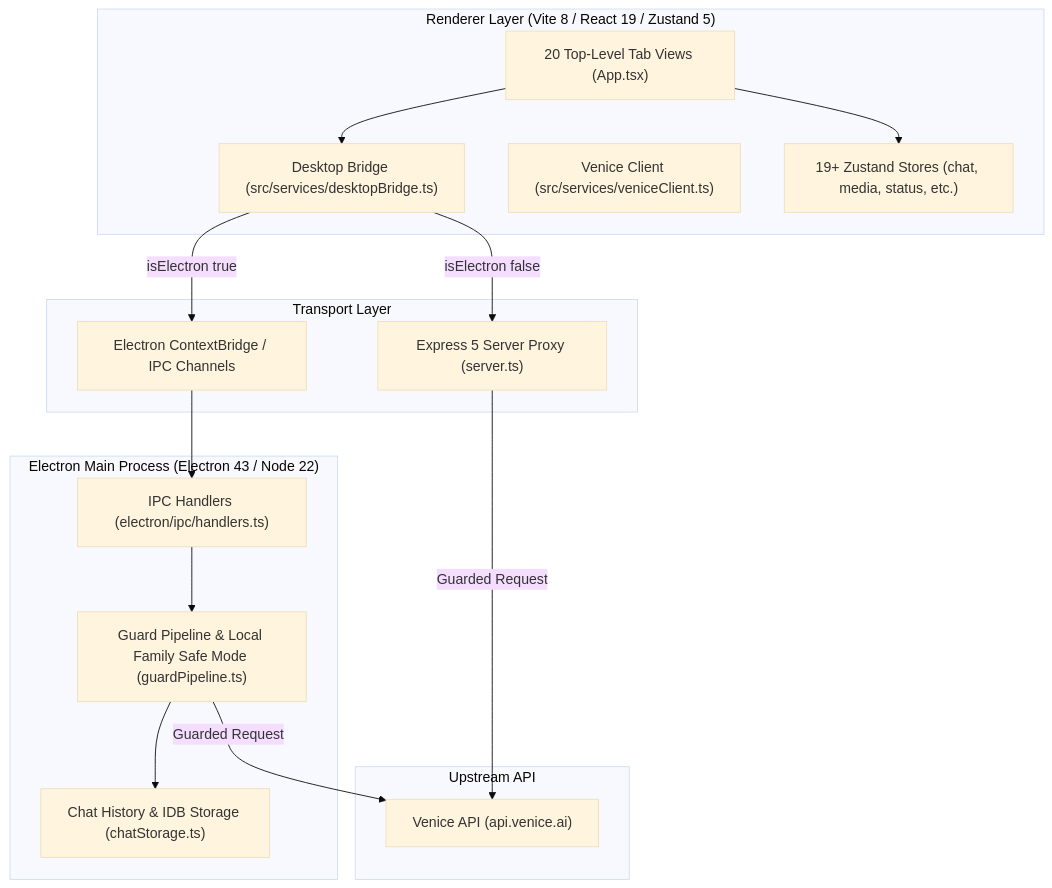
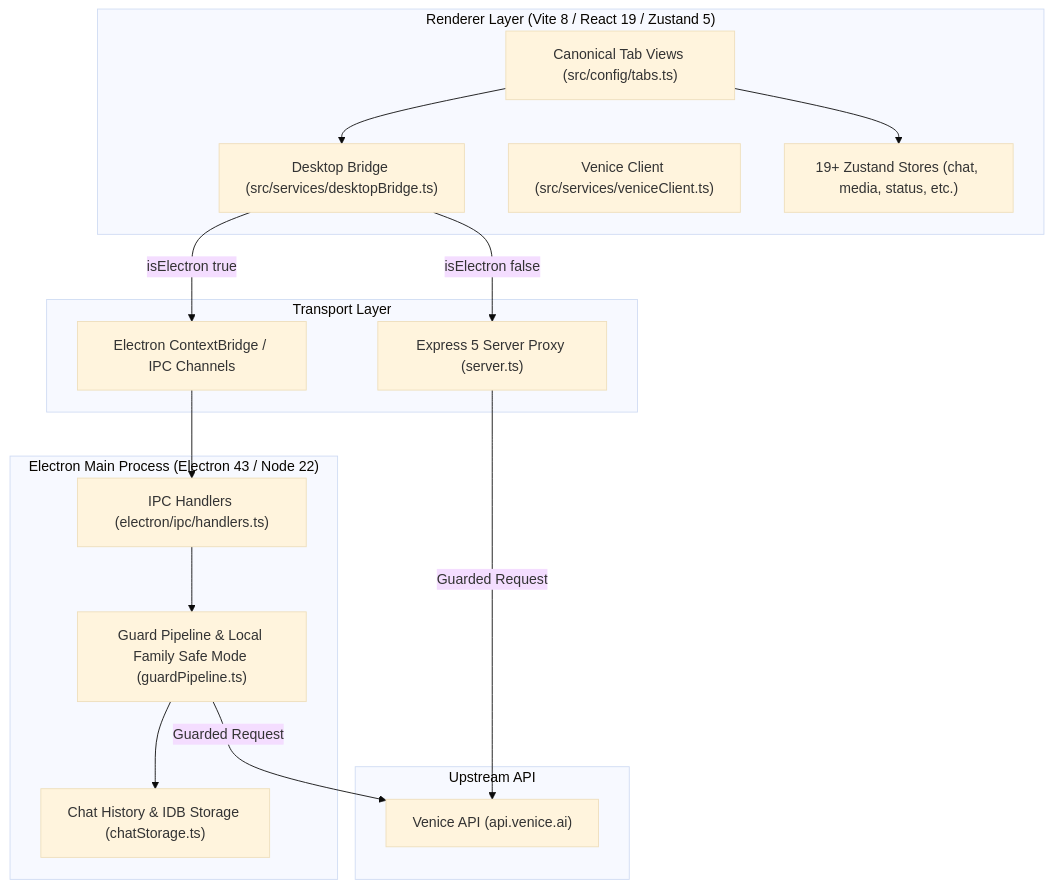
Before and after one commit to spearchucker667/Venice_Forge: the diagram in AGENT_REINITIALIZATION.md, drawn with Mermaid (base theme). The commit also changed other lines of this file and 34 other files, not shown here.

````diff
--- a/AGENT_REINITIALIZATION.md
+++ b/AGENT_REINITIALIZATION.md
@@ -21,34 +22,34 @@
 ```mermaid
 flowchart TD
   subgraph Renderer ["Renderer Layer (Vite 8 / React 19 / Zustand 5)"]
-    UI["20 Top-Level Tab Views (App.tsx)"]
+    UI["Canonical Tab Views (src/config/tabs.ts)"]
     Bridge["Desktop Bridge (src/services/desktopBridge.ts)"]
     VClient["Venice Client (src/services/veniceClient.ts)"]
     Stores["19+ Zustand Stores (chat, media, status, etc.)"]
   end
 
   subgraph Transports ["Transport Layer"]
     IPC["Electron ContextBridge / IPC Channels"]
     WebProxy["Express 5 Server Proxy (server.ts)"]
   end
 
   subgraph MainProcess ["Electron Main Process (Electron 43 / Node 22)"]
     Handlers["IPC Handlers (electron/ipc/handlers.ts)"]
     Guard["Guard Pipeline & Local Family Safe Mode (guardPipeline.ts)"]
     Storage["Chat History & IDB Storage (chatStorage.ts)"]
   end
 
   subgraph External ["Upstream API"]
     VeniceAPI["Venice API (api.venice.ai)"]
   end
 
   UI --> Stores
   UI --> Bridge
   Bridge -->|isElectron true| IPC
   Bridge -->|isElectron false| WebProxy
   WebProxy -->|Guarded Request| VeniceAPI
   IPC --> Handlers
   Handlers --> Guard
   Guard --> Storage
   Guard -->|Guarded Request| VeniceAPI
 ```
````
